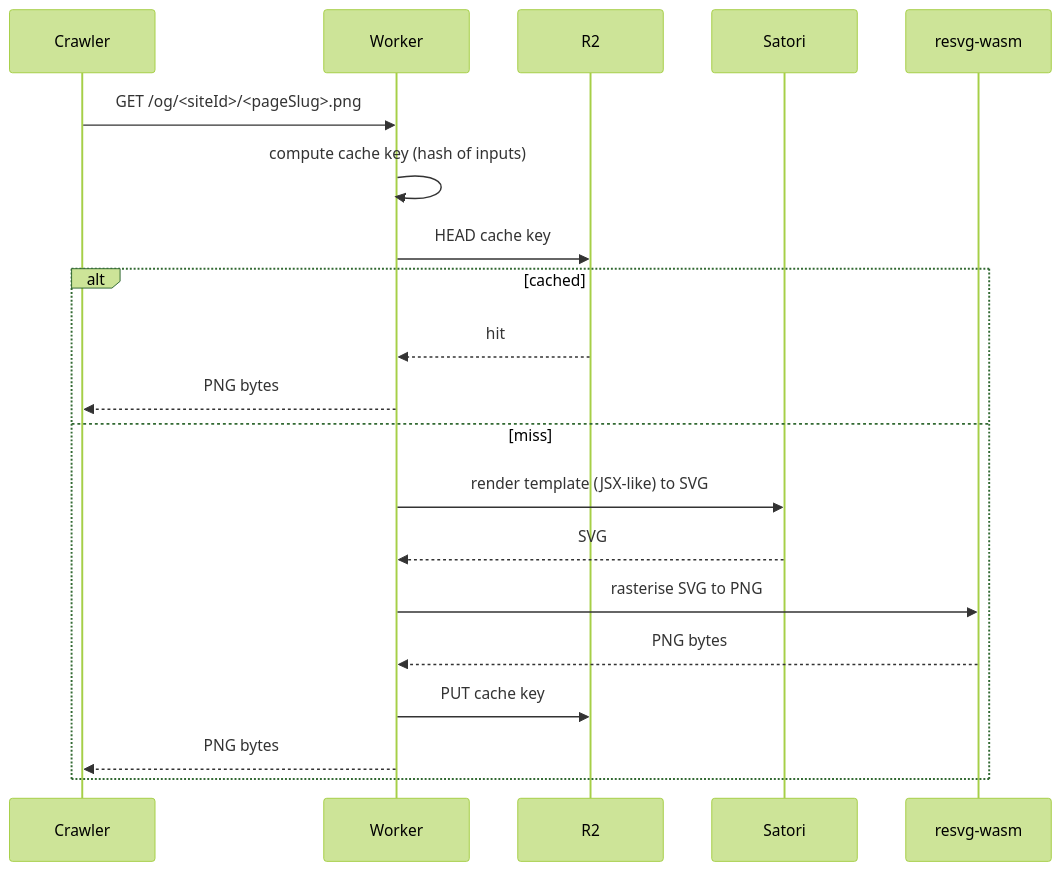
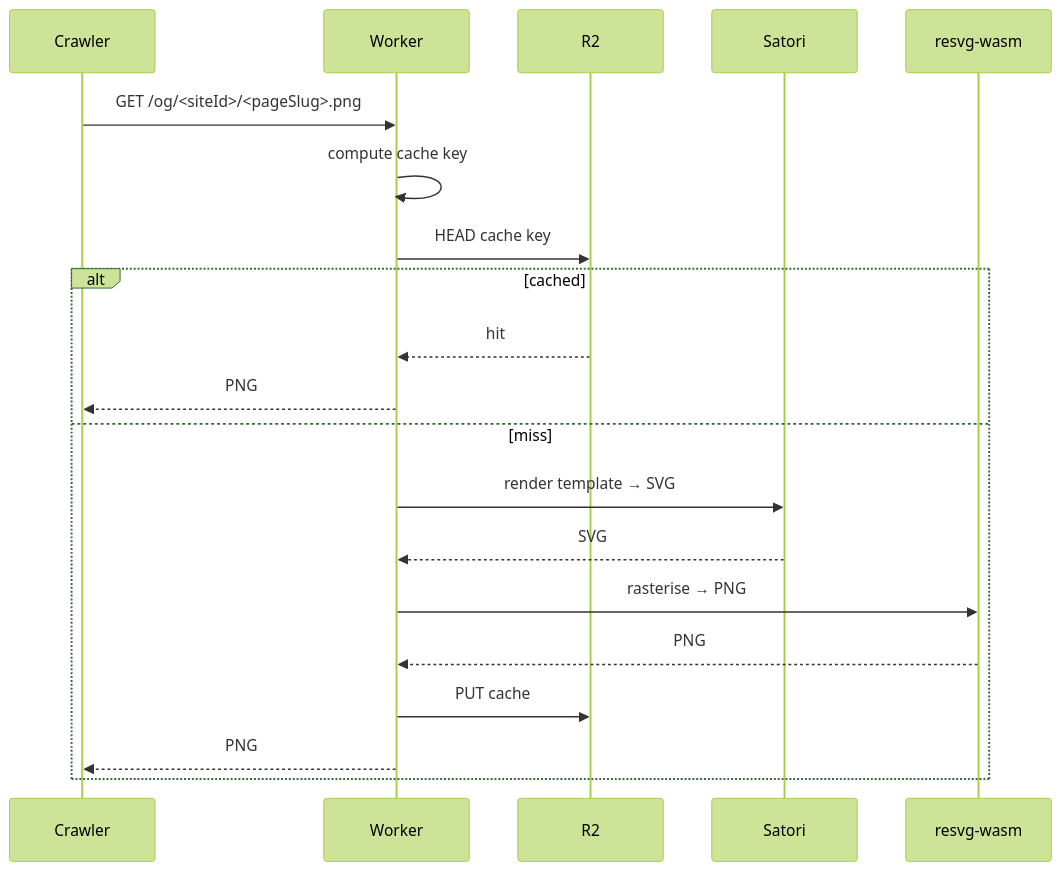
Before and after one commit to aayushman-singh/open-canvas: diagram 23 of 35 in docs/demo/diagrams/live-draw-reference.md, drawn with Mermaid (forest theme). The commit also changed other lines of this file and 1 other file, not shown here.

````diff
--- a/docs/demo/diagrams/live-draw-reference.md
+++ b/docs/demo/diagrams/live-draw-reference.md
@@ -703,22 +741,22 @@
 ```mermaid
 sequenceDiagram
   participant Crawler
   participant W as Worker
   participant R2
   participant Sat as Satori
   participant Rv as resvg-wasm
   Crawler->>W: GET /og/<siteId>/<pageSlug>.png
-  W->>W: compute cache key (hash of inputs)
+  W->>W: compute cache key
   W->>R2: HEAD cache key
   alt cached
     R2-->>W: hit
-    W-->>Crawler: PNG bytes
+    W-->>Crawler: PNG
   else miss
-    W->>Sat: render template (JSX-like) to SVG
+    W->>Sat: render template → SVG
     Sat-->>W: SVG
-    W->>Rv: rasterise SVG to PNG
-    Rv-->>W: PNG bytes
-    W->>R2: PUT cache key
-    W-->>Crawler: PNG bytes
+    W->>Rv: rasterise → PNG
+    Rv-->>W: PNG
+    W->>R2: PUT cache
+    W-->>Crawler: PNG
   end
 ```
````
